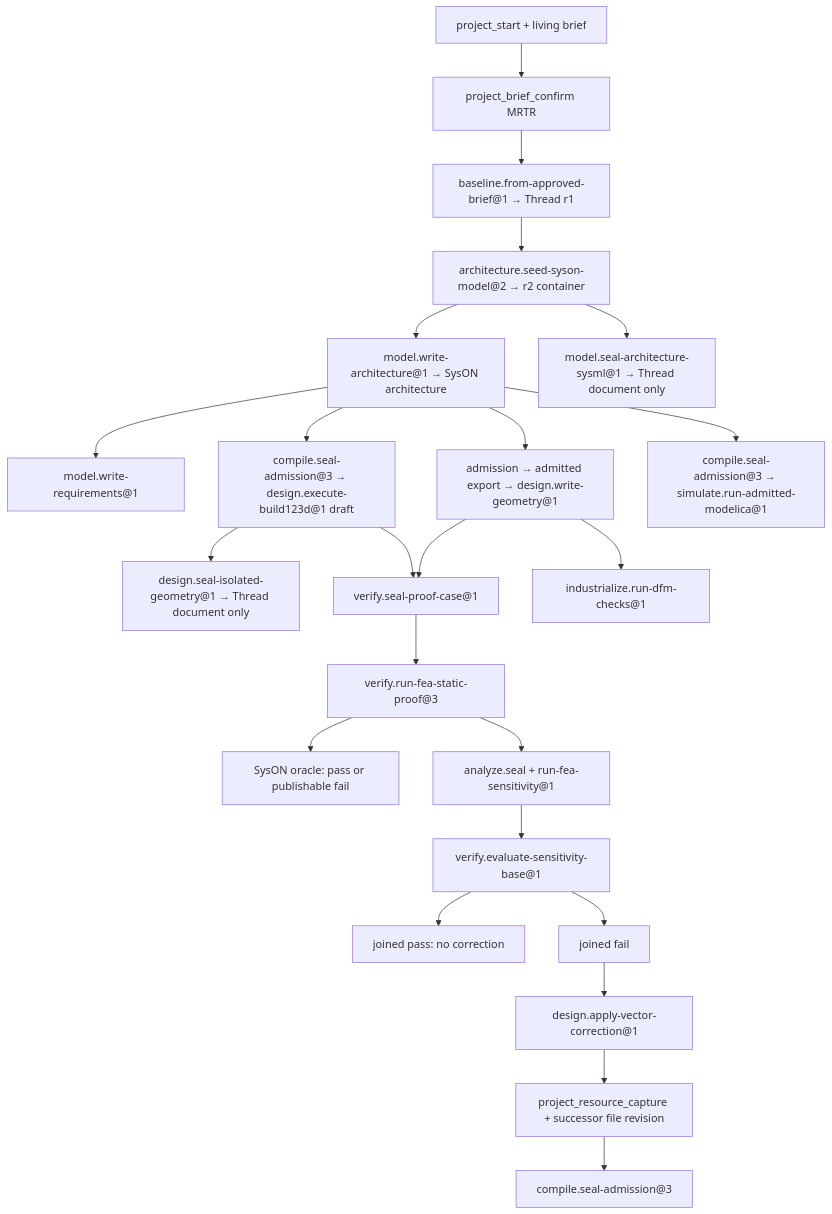
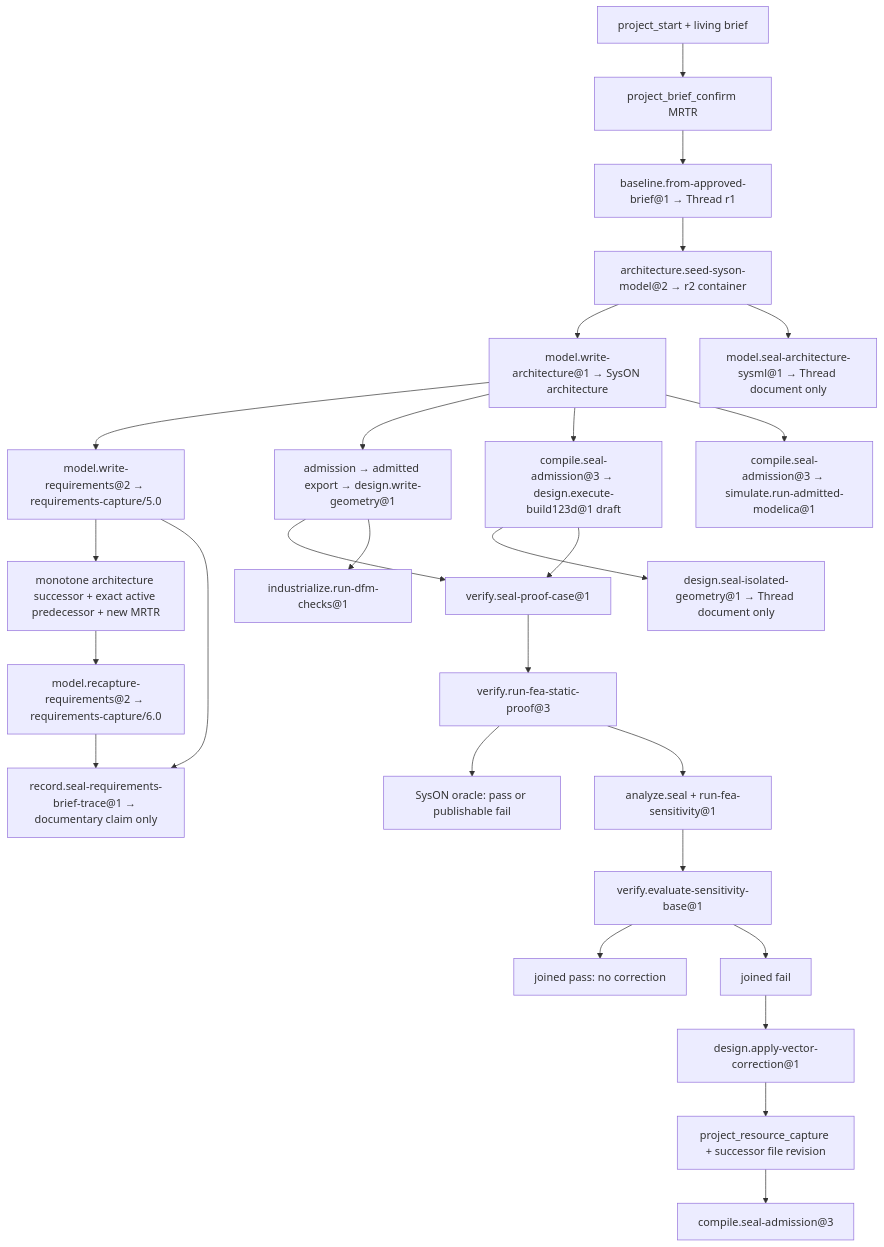
Before and after one commit to Casys-AI/casys-digital-thread: the second of 2 diagrams in docs/reference/agent/agent-workspace.md, drawn with Mermaid. The commit also changed other lines of this file and 242 other files, not shown here.

````diff
--- a/docs/reference/agent/agent-workspace.md
+++ b/docs/reference/agent/agent-workspace.md
@@ -542,25 +574,29 @@
 ```mermaid
 flowchart TD
   intent["project_start + living brief"] --> confirm["project_brief_confirm MRTR"]
   confirm --> r1["baseline.from-approved-brief@1 → Thread r1"]
   r1 --> seed["architecture.seed-syson-model@2 → r2 container"]
   seed --> arch["model.write-architecture@1 → SysON architecture"]
   seed --> sealSysml["model.seal-architecture-sysml@1 → Thread document only"]
-  arch --> req["model.write-requirements@1"]
+  arch --> req["model.write-requirements@2 → requirements-capture/5.0"]
+  req --> reqRecross["monotone architecture successor + exact active predecessor + new MRTR"]
+  reqRecross --> reqCapture["model.recapture-requirements@2 → requirements-capture/6.0"]
+  req --> trace["record.seal-requirements-brief-trace@1 → documentary claim only"]
+  reqCapture --> trace
   arch --> geomA["admission → admitted export → design.write-geometry@1"]
   arch --> geomB["compile.seal-admission@3 → design.execute-build123d@1 draft"]
   arch --> moAdmit["compile.seal-admission@3 → simulate.run-admitted-modelica@1"]
   geomB --> sealGeom["design.seal-isolated-geometry@1 → Thread document only"]
   geomA --> proof["verify.seal-proof-case@1"]
   geomB --> proof
   proof --> fea3["verify.run-fea-static-proof@3"]
   fea3 --> verdict["SysON oracle: pass or publishable fail"]
   fea3 --> sens["analyze.seal + run-fea-sensitivity@1"]
   sens --> join["verify.evaluate-sensitivity-base@1"]
   join --> passNode["joined pass: no correction"]
   join --> failNode["joined fail"]
   failNode --> corr["design.apply-vector-correction@1"]
   corr --> zsrc["project_resource_capture + successor file revision"]
   zsrc --> reseal["compile.seal-admission@3"]
   geomA --> dfm["industrialize.run-dfm-checks@1"]
 ```
````
